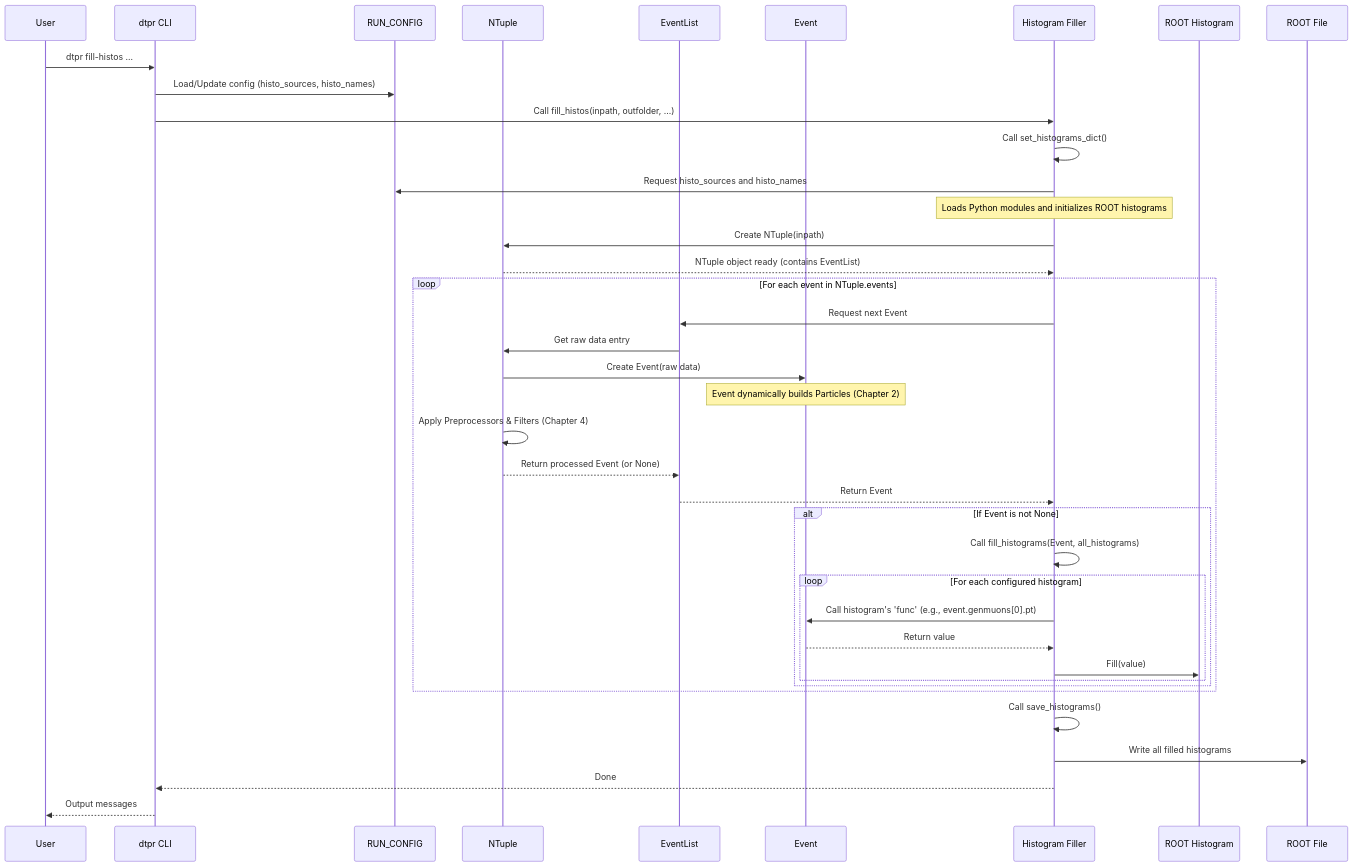
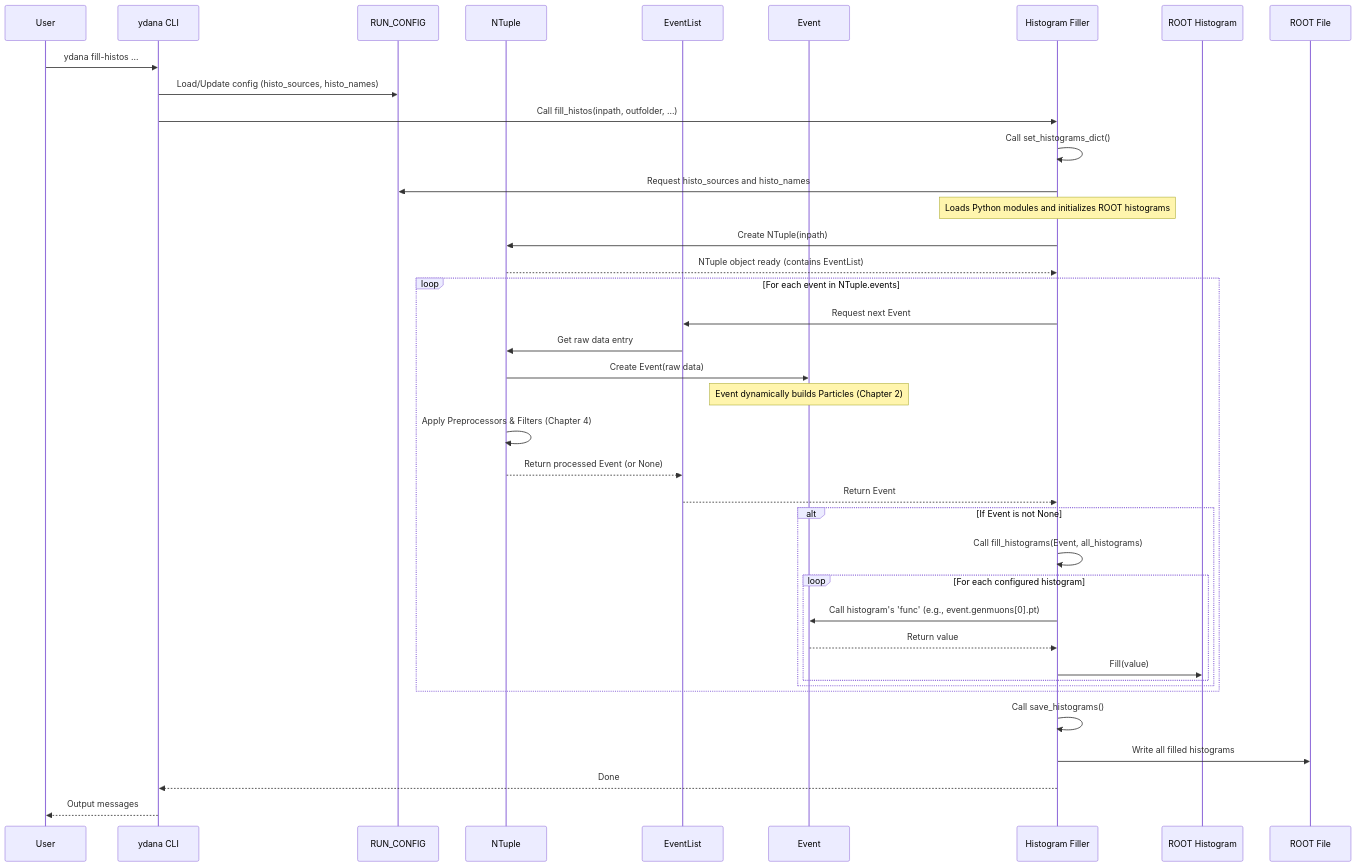
One commit to INTREPID-hep/DTPatternRecognition changed the diagram in docs/src/histogram_filling.rst. Above: the diagram before and after it, drawn with Mermaid. The commit also changed other lines of this file and 103 other files, not shown here.

```diff
--- a/docs/src/histogram_filling.rst
+++ b/docs/src/histogram_filling.rst
@@ -154,45 +154,45 @@
 .. mermaid::
     :name: histogram_filling_diagram
     :align: center
     :zoom: true
 
     sequenceDiagram
         participant User
-        participant dtpr CLI
+        participant ydana CLI
         participant RUN_CONFIG
         participant NTuple
         participant EventList
         participant Event
         participant Histogram Filler
 
-        User->>dtpr CLI: dtpr fill-histos ...
-        dtpr CLI->>RUN_CONFIG: Load/Update config (histo_sources, histo_names)
-        dtpr CLI->>Histogram Filler: Call fill_histos(inpath, outfolder, ...)
+        User->>ydana CLI: ydana fill-histos ...
+        ydana CLI->>RUN_CONFIG: Load/Update config (histo_sources, histo_names)
+        ydana CLI->>Histogram Filler: Call fill_histos(inpath, outfolder, ...)
         Histogram Filler->>Histogram Filler: Call set_histograms_dict()
         Histogram Filler->>RUN_CONFIG: Request histo_sources and histo_names
         Note over Histogram Filler: Loads Python modules and initializes ROOT histograms
         Histogram Filler->>NTuple: Create NTuple(inpath)
         NTuple-->>Histogram Filler: NTuple object ready (contains EventList)
 
         loop For each event in NTuple.events
             Histogram Filler->>EventList: Request next Event
             EventList->>NTuple: Get raw data entry
             NTuple->>Event: Create Event(raw data)
             Note over Event: Event dynamically builds Particles (Chapter 2)
             NTuple->>NTuple: Apply Preprocessors & Filters (Chapter 4)
             NTuple-->>EventList: Return processed Event (or None)
             EventList-->>Histogram Filler: Return Event
 
             alt If Event is not None
                 Histogram Filler->>Histogram Filler: Call fill_histograms(Event, all_histograms)
                 loop For each configured histogram
                     Histogram Filler->>Event: Call histogram's 'func' (e.g., event.genmuons[0].pt)
                     Event-->>Histogram Filler: Return value
                     Histogram Filler->>ROOT Histogram: Fill(value)
                 end
             end
         end
         Histogram Filler->>Histogram Filler: Call save_histograms()
         Histogram Filler->>ROOT File: Write all filled histograms
-        Histogram Filler-->>dtpr CLI: Done
-        dtpr CLI-->>User: Output messages
+        Histogram Filler-->>ydana CLI: Done
+        ydana CLI-->>User: Output messages
```
